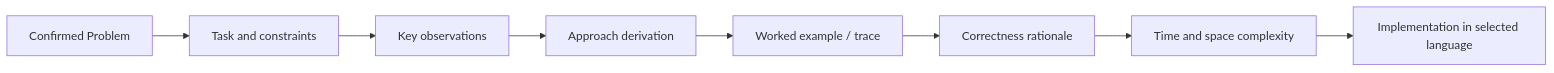
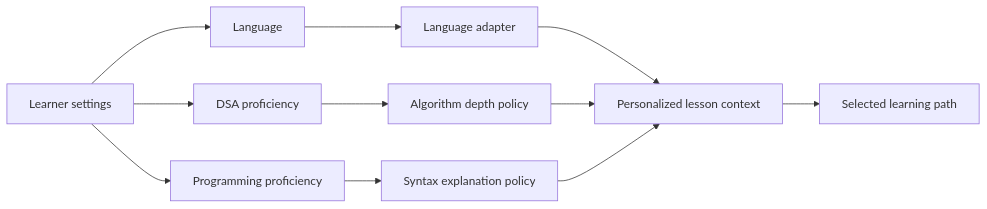
One commit to Dhruv-D-Bhrasadiya/didactics changed the third of 7 diagrams in diagram.md. Above: the diagram before and after it, drawn with Mermaid. The commit also changed other lines of this file and 2 other files, not shown here.

Commit message:
docs: expand personalized learning and animation architecture

````diff
--- a/diagram.md
+++ b/diagram.md
@@ -98,10 +124,13 @@
 ```mermaid
 flowchart LR
-    P[Confirmed Problem] --> T[Task and constraints]
-    T --> O[Key observations]
-    O --> A[Approach derivation]
-    A --> W[Worked example / trace]
-    W --> C[Correctness rationale]
-    C --> X[Time and space complexity]
-    X --> I[Implementation in selected language]
+    A[Learner settings] --> B[Language]
+    A --> C[DSA proficiency]
+    A --> D[Programming proficiency]
+    B --> E[Language adapter]
+    C --> F[Algorithm depth policy]
+    D --> G[Syntax explanation policy]
+    E --> H[Personalized lesson context]
+    F --> H
+    G --> H
+    H --> I[Selected learning path]
 ```
````
